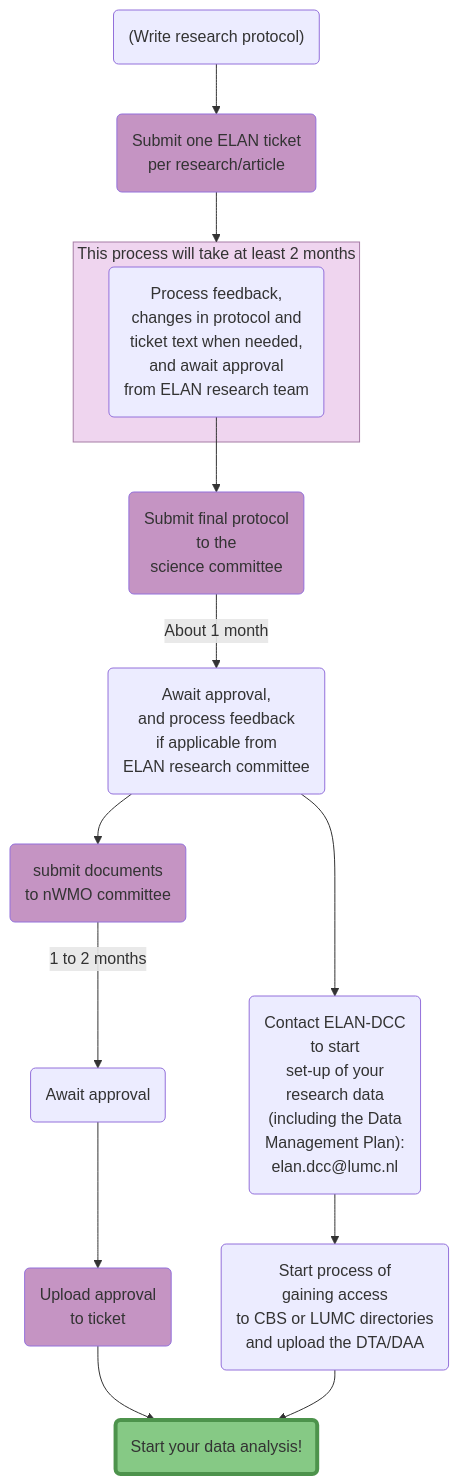
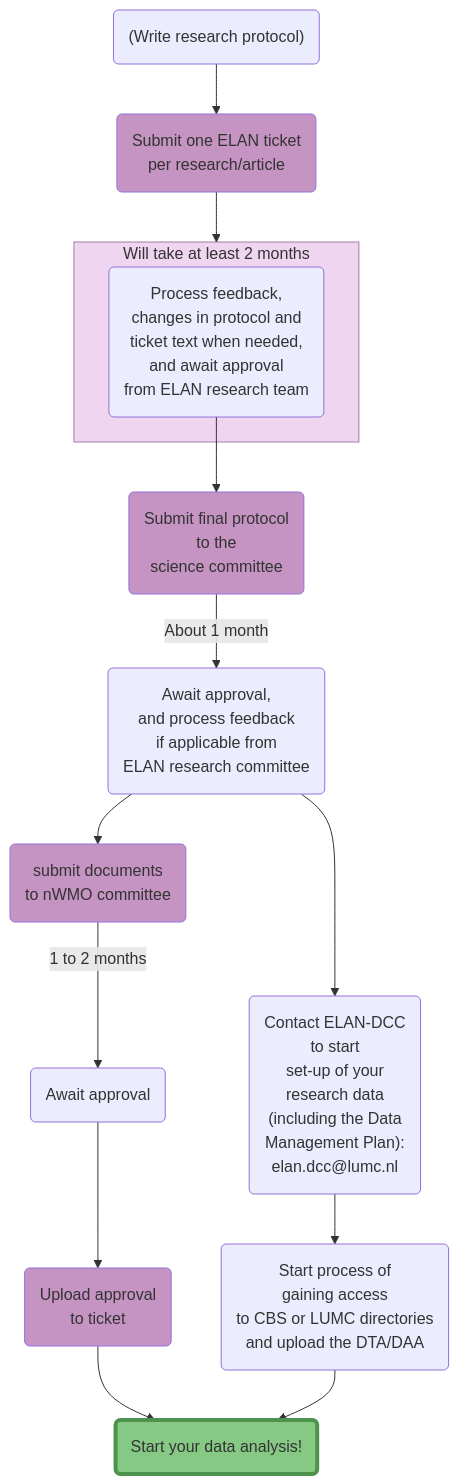
The diagram in charts/flowchart/main.mmd (elan-dcc/elan-dcc.github.io), drawn with Mermaid before and after one commit. The commit also changed 46 other files, not shown here.

First line of the commit message:
flowchart workflow update

```diff
--- a/charts/flowchart/main.mmd
+++ b/charts/flowchart/main.mmd
@@ -1,49 +1,49 @@
 flowchart TD
 id1("(Write research protocol)") --> id2(Submit one ELAN ticket\nper research/article)
-subgraph ticket [This process will take at least 2 months]
+subgraph ticket [Will take at least 2 months]
     id4
 end
 id4(Process feedback, 
 changes in protocol and 
 ticket text when needed,
 and await approval
 from ELAN research team) --> id5
 id5(Submit final protocol
 to the
 science committee) -->|About 1 month| id6
 id6(Await approval,
 and process feedback
 if applicable from
 ELAN research committee) --> id7
 id7(submit documents 
 to nWMO committee) -->|1 to 2 months| id9
 id9(Await approval) --> id10
 id10(Upload approval
 to ticket) --> idend(Start your data analysis!)
 id6 --> id8
 id8("Contact ELAN-DCC
 to start 
 set-up of your 
 research data
 (including the Data
 Management Plan):
 elan.dcc@lumc.nl") --> id11(Start process of
 gaining access
 to CBS or LUMC directories
 and upload the DTA/DAA)
 
 id2 --> ticket
 id11 --> idend
 
 
 style idend fill:#86c985,stroke:#4d934c,stroke-width:4px
 style id2 fill:#c594c3
 style id5 fill:#c594c3
 style id7 fill:#c594c3
 style id10 fill:#c594c3
 
 style ticket fill:#efd5ef, stroke:#a57ca5
 
 click id2 "https://elanresearch.nl" "ELAN research" _blank
 click id5 "https://elan-dcc.github.io/researchers/sciencecommittee" "Science committee"
 click id7 "https://www.metc-ldd.nl/toetsingsprocedures/niet-wmo-en-niet-mdr" "nWMO committee" _blank
```
